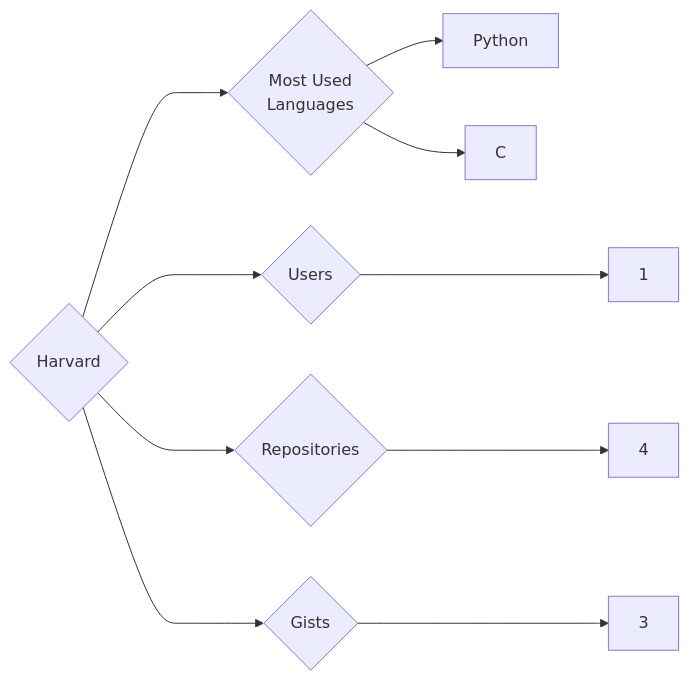
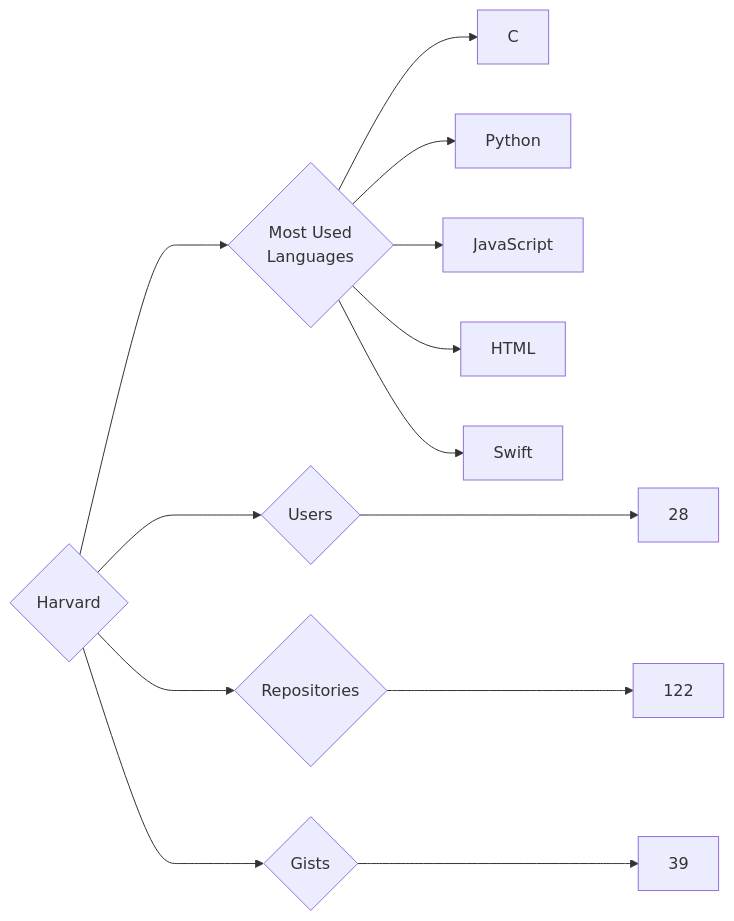
Before and after one commit to trickest/insiders: the diagram in targets/Harvard/README.md, drawn with Mermaid. The commit also changed 927 other files, not shown here.

````diff
--- a/targets/Harvard/README.md
+++ b/targets/Harvard/README.md
@@ -3,10 +3,13 @@
 ```mermaid
 graph LR
 COMPANY_NAME{Harvard}
-COMPANY_NAME ---> U{Users} ---> UN[1]
-COMPANY_NAME ---> R{Repositories} ---> RN[4]
-COMPANY_NAME ---> G{Gists} ---> GN[3]
+COMPANY_NAME ---> U{Users} ---> UN[28]
+COMPANY_NAME ---> R{Repositories} ---> RN[122]
+COMPANY_NAME ---> G{Gists} ---> GN[39]
 COMPANY_NAME ---> ML{Most Used<br>Languages}
+ML --> C[C]
 ML --> Python[Python]
-ML --> C[C]
+ML --> JavaScript[JavaScript]
+ML --> HTML[HTML]
+ML --> Swift[Swift]
 ```
````
